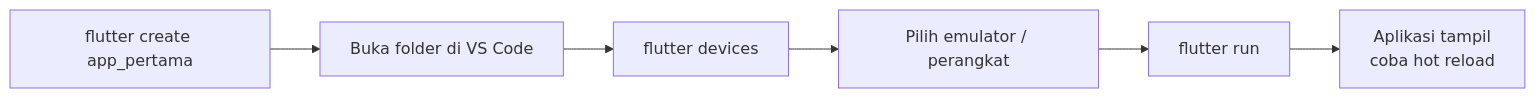
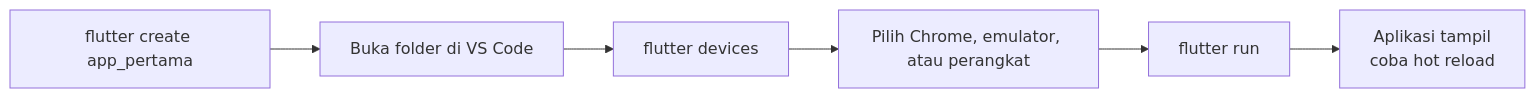
The fifth of 7 diagrams in pertemuan-01/01-Pertemuan-1.md (PBWFEND/PAB), drawn with Mermaid before and after one commit. The commit also changed other lines of this file and 5 other files, not shown here.

````diff
--- a/pertemuan-01/01-Pertemuan-1.md
+++ b/pertemuan-01/01-Pertemuan-1.md
@@ -292,8 +294,8 @@
 ```mermaid
 flowchart LR
     A["flutter create app_pertama"] --> B["Buka folder di VS Code"]
     B --> C["flutter devices"]
-    C --> D["Pilih emulator / perangkat"]
+    C --> D["Pilih Chrome, emulator, atau perangkat"]
     D --> E["flutter run"]
     E --> F["Aplikasi tampil<br>coba hot reload"]
 ```
````
